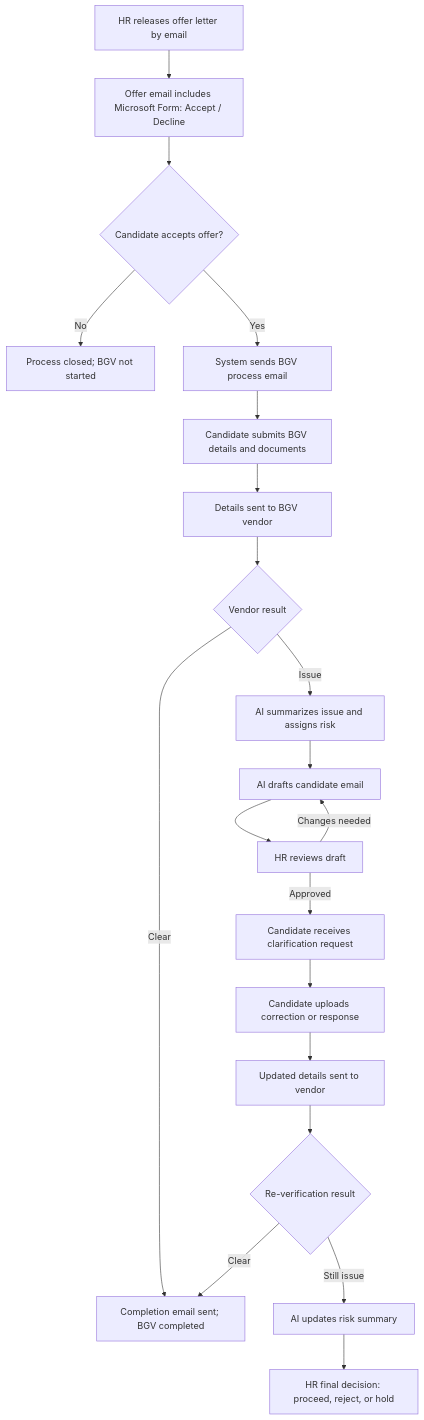
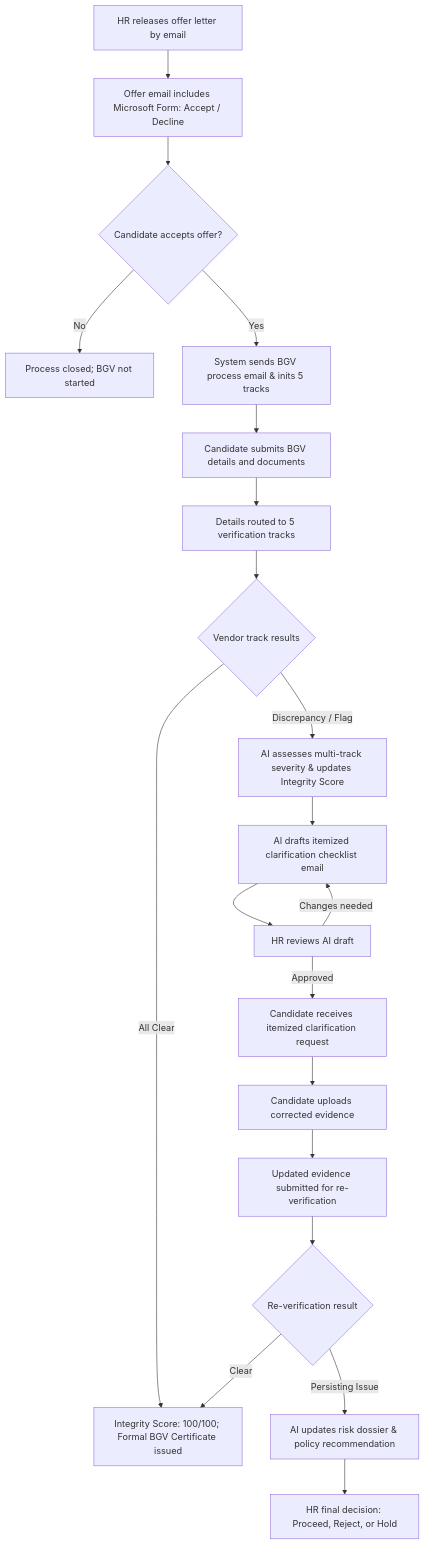
One commit to Ashutosh-yadav0001/Agentic-AI-HCL changed the diagram in README.md. Above: the diagram before and after it, drawn with Mermaid. The commit also changed other lines of this file and 9 other files, not shown here.

Commit message:
Add 5-track verification matrix, candidate integrity scoring, audit dossier generator, and enhanced dashboard

````diff
--- a/README.md
+++ b/README.md
@@ -21,22 +23,22 @@
 ```mermaid
 flowchart TD
     A["HR releases offer letter by email"] --> B["Offer email includes Microsoft Form: Accept / Decline"]
     B --> C{"Candidate accepts offer?"}
     C -->|No| D["Process closed; BGV not started"]
-    C -->|Yes| E["System sends BGV process email"]
+    C -->|Yes| E["System sends BGV process email & inits 5 tracks"]
     E --> F["Candidate submits BGV details and documents"]
-    F --> G["Details sent to BGV vendor"]
-    G --> H{"Vendor result"}
-    H -->|Clear| I["Completion email sent; BGV completed"]
-    H -->|Issue| J["AI summarizes issue and assigns risk"]
-    J --> K["AI drafts candidate email"]
-    K --> L["HR reviews draft"]
+    F --> G["Details routed to 5 verification tracks"]
+    G --> H{"Vendor track results"}
+    H -->|All Clear| I["Integrity Score: 100/100; Formal BGV Certificate issued"]
+    H -->|Discrepancy / Flag| J["AI assesses multi-track severity & updates Integrity Score"]
+    J --> K["AI drafts itemized clarification checklist email"]
+    K --> L["HR reviews AI draft"]
     L -->|Changes needed| K
-    L -->|Approved| M["Candidate receives clarification request"]
-    M --> N["Candidate uploads correction or response"]
-    N --> O["Updated details sent to vendor"]
+    L -->|Approved| M["Candidate receives itemized clarification request"]
+    M --> N["Candidate uploads corrected evidence"]
+    N --> O["Updated evidence submitted for re-verification"]
     O --> P{"Re-verification result"}
     P -->|Clear| I
-    P -->|Still issue| Q["AI updates risk summary"]
-    Q --> R["HR final decision: proceed, reject, or hold"]
+    P -->|Persisting Issue| Q["AI updates risk dossier & policy recommendation"]
+    Q --> R["HR final decision: Proceed, Reject, or Hold"]
 ```
````
